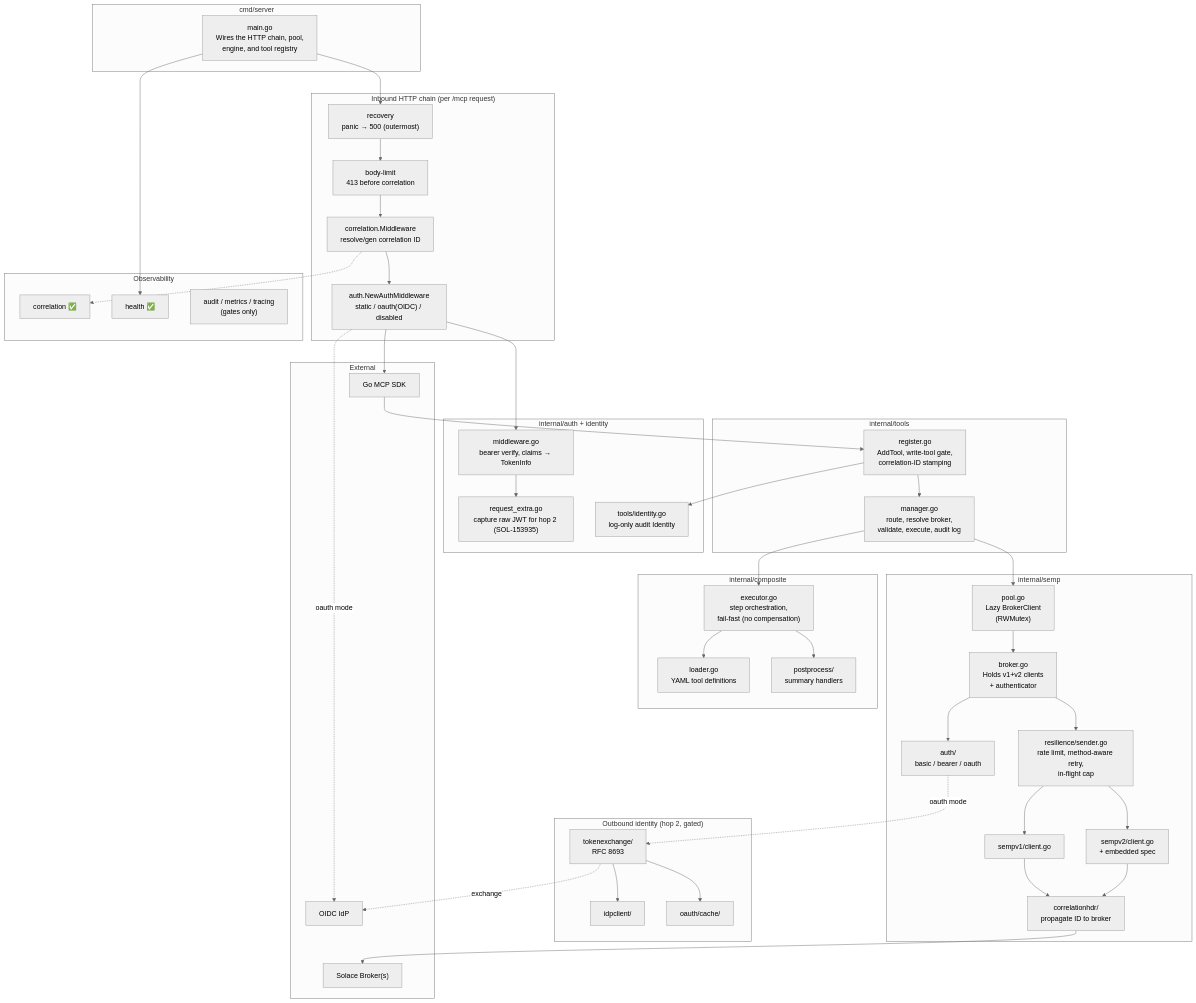
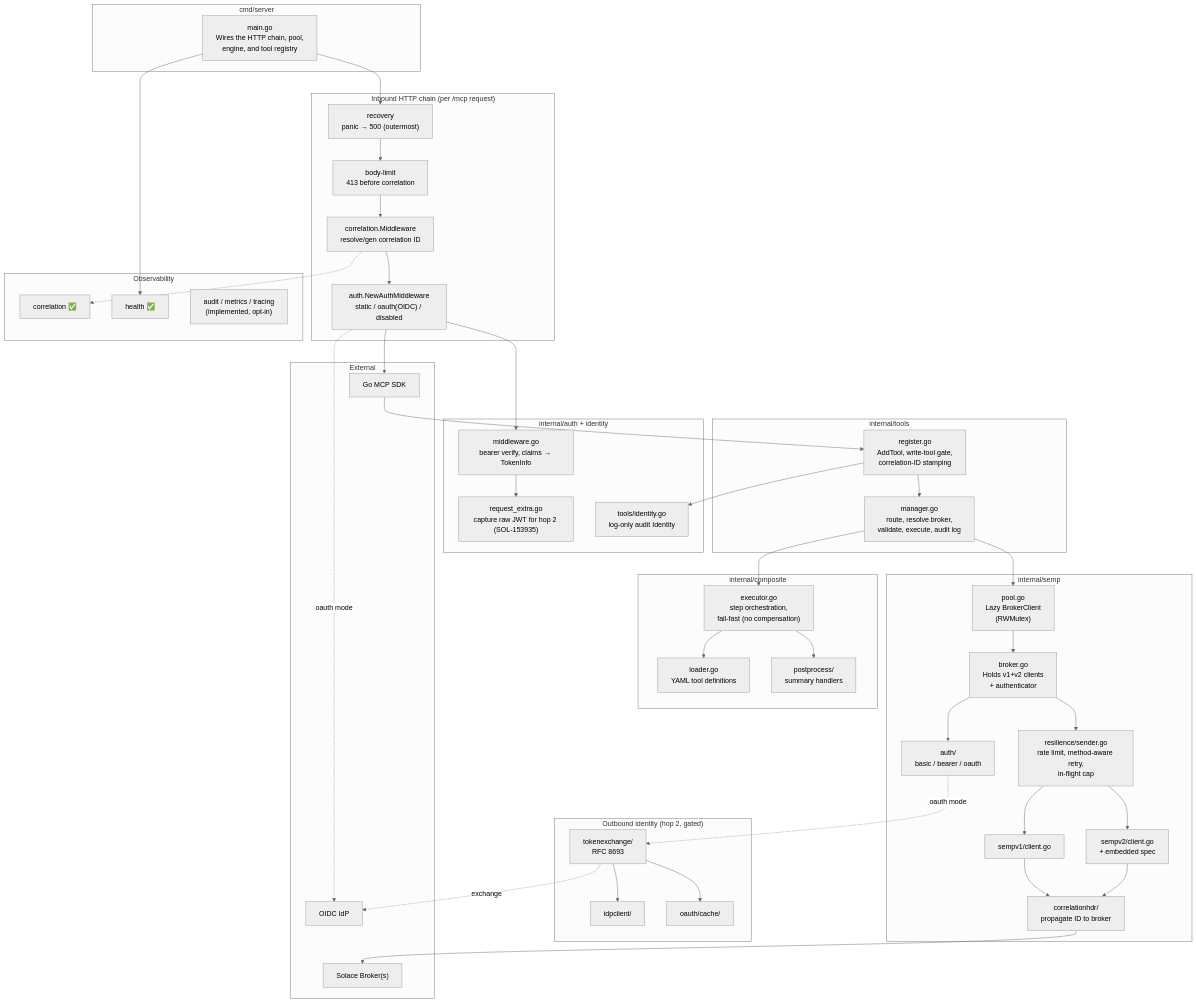
Before and after one commit to SolaceProducts/solace-broker-mcp: the first of 6 diagrams in docs/internal/architecture.md, drawn with Mermaid (neutral theme). The commit also changed other lines of this file and 1 other file, not shown here.

First line of the commit message:
SOL-154318: correct internal architecture and threat-model citations

````diff
--- a/docs/internal/architecture.md
+++ b/docs/internal/architecture.md
@@ -74,82 +74,82 @@
 ```mermaid
 graph TB
     subgraph "cmd/server"
         MAIN["main.go<br/>Wires the HTTP chain, pool,<br/>engine, and tool registry"]
     end
 
     subgraph "Inbound HTTP chain (per /mcp request)"
         REC["recovery<br/>panic → 500 (outermost)"]
         LIMIT["body-limit<br/>413 before correlation"]
         CORR["correlation.Middleware<br/>resolve/gen correlation ID"]
         AUTHMW["auth.NewAuthMiddleware<br/>static / oauth(OIDC) / disabled"]
     end
 
     subgraph "internal/auth + identity"
         VERIFY["middleware.go<br/>bearer verify, claims → TokenInfo"]
         RAWTOK["request_extra.go<br/>capture raw JWT for hop 2 (SOL-153935)"]
         IDENT["tools/identity.go<br/>log-only audit Identity"]
     end
 
     subgraph "internal/tools"
         REG["register.go<br/>AddTool, write-tool gate,<br/>correlation-ID stamping"]
         MGR["manager.go<br/>route, resolve broker,<br/>validate, execute, audit log"]
     end
 
     subgraph "internal/composite"
         EXEC["executor.go<br/>step orchestration,<br/>fail-fast (no compensation)"]
         LOADER["loader.go<br/>YAML tool definitions"]
         PP["postprocess/<br/>summary handlers"]
     end
 
     subgraph "internal/semp"
         POOL["pool.go<br/>Lazy BrokerClient<br/>(RWMutex)"]
         BROKER["broker.go<br/>Holds v1+v2 clients<br/>+ authenticator"]
         SENDER["resilience/sender.go<br/>rate limit, method-aware retry,<br/>in-flight cap"]
         SAUTH["auth/<br/>basic / bearer / oauth"]
         V1["sempv1/client.go"]
         V2["sempv2/client.go<br/>+ embedded spec"]
         CHDR["correlationhdr/<br/>propagate ID to broker"]
     end
 
     subgraph "Outbound identity (hop 2, gated)"
         TX["tokenexchange/<br/>RFC 8693"]
         IDP["idpclient/"]
         TCACHE["oauth/cache/"]
     end
 
     subgraph "Observability"
         OCORR["correlation ✅"]
         OHEALTH["health ✅"]
-        OGATE["audit / metrics / tracing<br/>(gates only)"]
+        OGATE["audit / metrics / tracing<br/>(implemented, opt-in)"]
     end
 
     subgraph "External"
         MCP_SDK["Go MCP SDK"]
         IDPX["OIDC IdP"]
         BROKER_X["Solace Broker(s)"]
     end
 
     MAIN --> REC --> LIMIT --> CORR --> AUTHMW --> MCP_SDK
     AUTHMW --> VERIFY --> RAWTOK
     AUTHMW -. oauth mode .-> IDPX
     MCP_SDK --> REG --> MGR
     REG --> IDENT
     MGR --> POOL
     MGR --> EXEC
     EXEC --> LOADER
     EXEC --> PP
     POOL --> BROKER
     BROKER --> SENDER
     BROKER --> SAUTH
     SENDER --> V1
     SENDER --> V2
     V1 --> CHDR
     V2 --> CHDR
     SAUTH -. oauth mode .-> TX
     TX --> IDP
     TX --> TCACHE
     TX -. exchange .-> IDPX
     CHDR --> BROKER_X
     CORR -.-> OCORR
     MAIN --> OHEALTH
 ```
````
